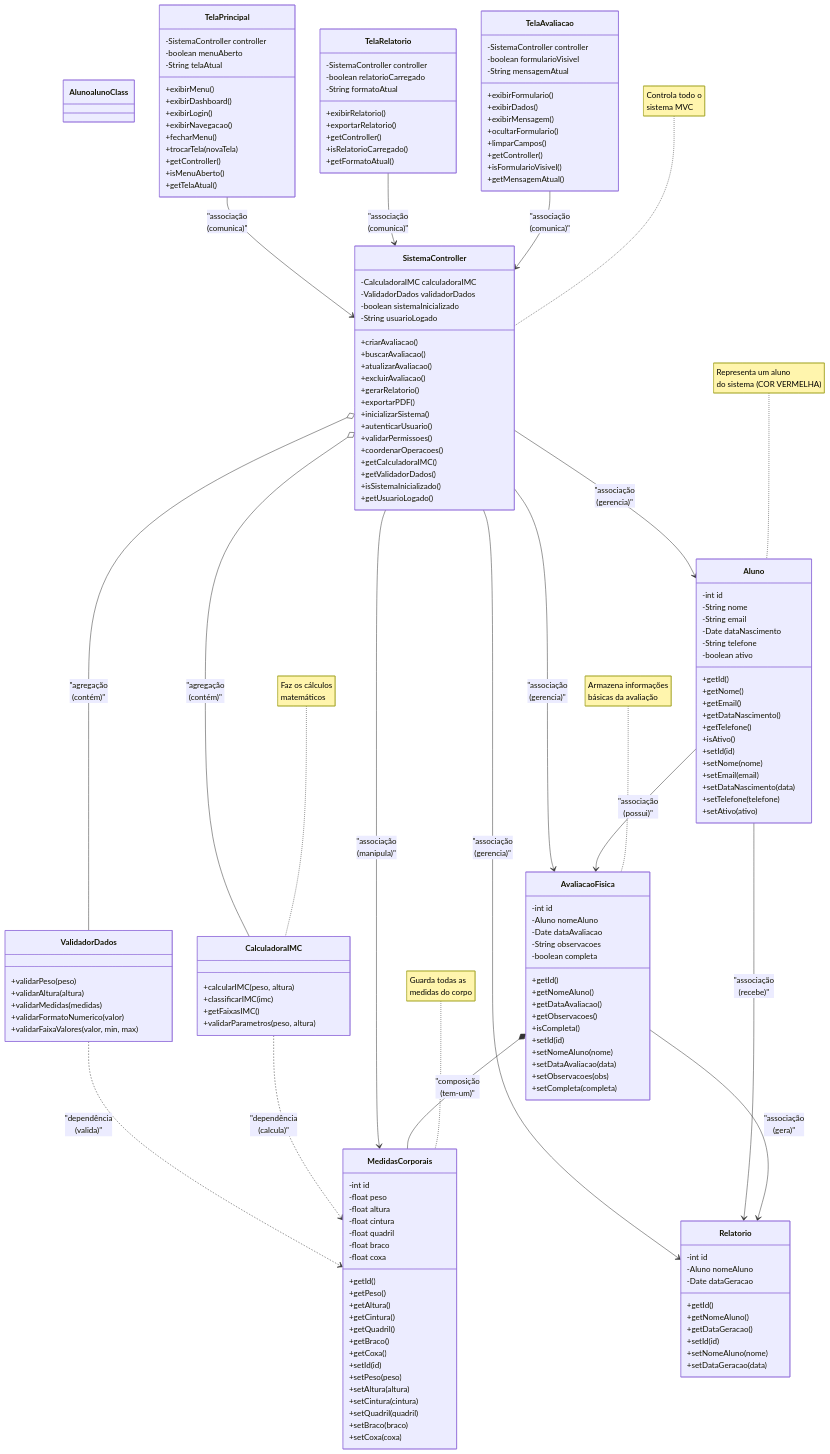
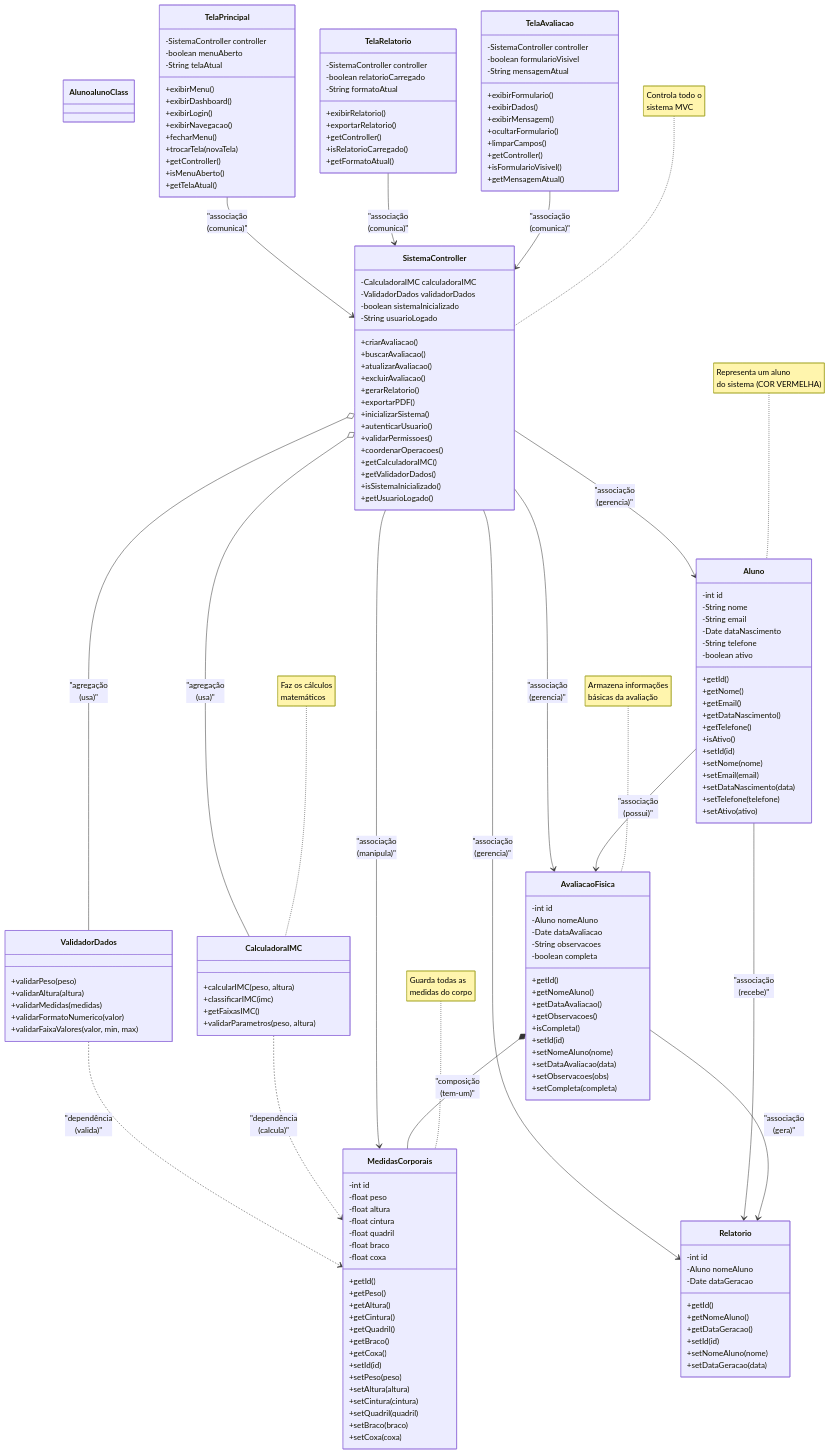
Before and after one commit to elainefabiola/Registro-de-evolu-o-f-sica: the diagram in diagrama_classes.md, drawn with Mermaid. The commit also changed other lines of this file, not shown here.

```diff
--- a/diagrama_classes.md
+++ b/diagrama_classes.md
@@ -179,33 +179,39 @@
     
     %% Relacionamentos de COMPOSIÇÃO (Composição - forte dependência)
     %% Uma AvaliacaoFisica É COMPOSTA POR MedidasCorporais
+    %% CORREÇÃO: MedidasCorporais não pode existir sem AvaliacaoFisica
     AvaliacaoFisica *-- MedidasCorporais : "composição<br/>(tem-um)"
     
     %% Relacionamentos de AGREGAÇÃO (Agregação - dependência média)
-    %% Um SistemaController É AGREGADO POR Services
-    SistemaController o-- CalculadoraIMC : "agregação<br/>(contém)"
-    SistemaController o-- ValidadorDados : "agregação<br/>(contém)"
+    %% CORREÇÃO: Services podem existir independentemente do Controller
+    SistemaController o-- CalculadoraIMC : "agregação<br/>(usa)"
+    SistemaController o-- ValidadorDados : "agregação<br/>(usa)"
     
     %% Relacionamentos de ASSOCIAÇÃO (Associação - relacionamento fraco)
-    %% Uma AvaliacaoFisica está ASSOCIADA a Relatorios
+    %% CORREÇÃO: Relatorio pode existir independentemente de AvaliacaoFisica
     AvaliacaoFisica --> Relatorio : "associação<br/>(gera)"
     
     %% Relacionamentos Aluno (Associações)
+    %% CORREÇÃO: Aluno pode existir sem avaliações
     Aluno --> AvaliacaoFisica : "associação<br/>(possui)"
+    %% CORREÇÃO: Aluno pode existir sem relatórios
     Aluno --> Relatorio : "associação<br/>(recebe)"
     
     %% Relacionamentos Controller -> Model (Associações)
+    %% CORREÇÃO: Controller gerencia mas não possui os modelos
     SistemaController --> AvaliacaoFisica : "associação<br/>(gerencia)"
     SistemaController --> MedidasCorporais : "associação<br/>(manipula)"
     SistemaController --> Relatorio : "associação<br/>(gerencia)"
     SistemaController --> Aluno : "associação<br/>(gerencia)"
     
     %% Relacionamentos View -> Controller (Associações)
+    %% CORREÇÃO: Views dependem do Controller para funcionar
     TelaAvaliacao --> SistemaController : "associação<br/>(comunica)"
     TelaRelatorio --> SistemaController : "associação<br/>(comunica)"
     TelaPrincipal --> SistemaController : "associação<br/>(comunica)"
     
     %% Relacionamentos Service -> Model (Dependências)
+    %% CORREÇÃO: Services dependem temporariamente dos modelos
     CalculadoraIMC ..> MedidasCorporais : "dependência<br/>(calcula)"
     ValidadorDados ..> MedidasCorporais : "dependência<br/>(valida)"
 
```
